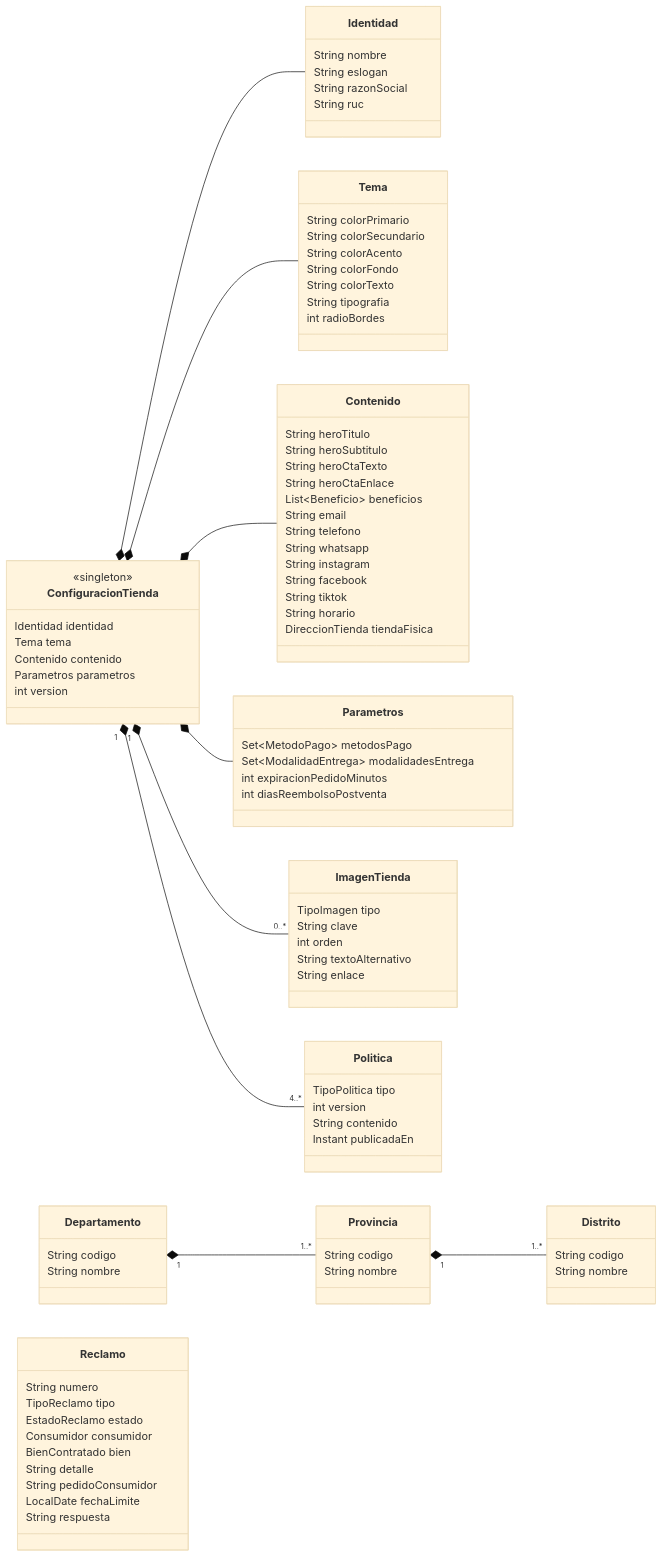
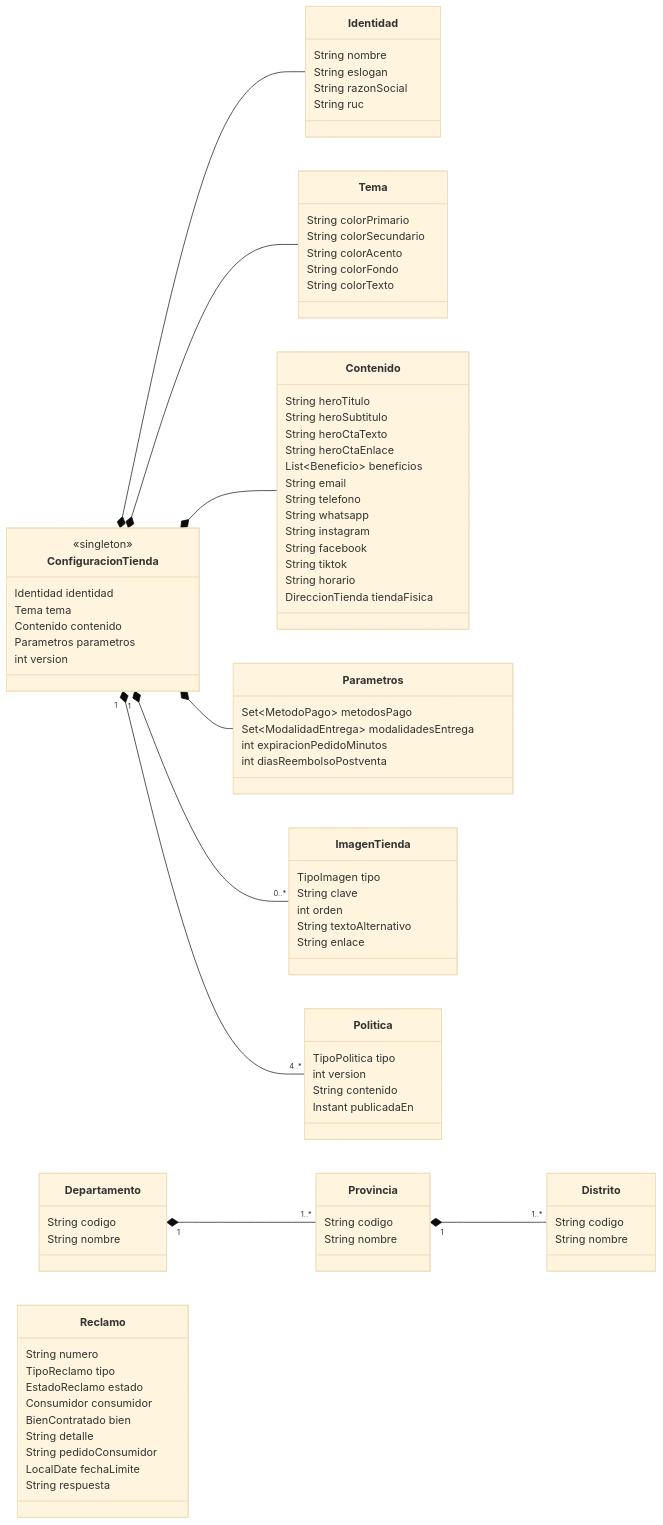
One commit to cazabacheg/fitstore changed the first of 3 diagrams in docs/analisis/micro/settings-service.md. Above: the diagram before and after it, drawn with Mermaid (base theme). The commit also changed other lines of this file and 7 other files, not shown here.

```diff
--- a/docs/analisis/micro/settings-service.md
+++ b/docs/analisis/micro/settings-service.md
@@ -71,8 +72,6 @@
         String colorAcento
         String colorFondo
         String colorTexto
-        String tipografia
-        int radioBordes
     }
     class Contenido {
         String heroTitulo
```
